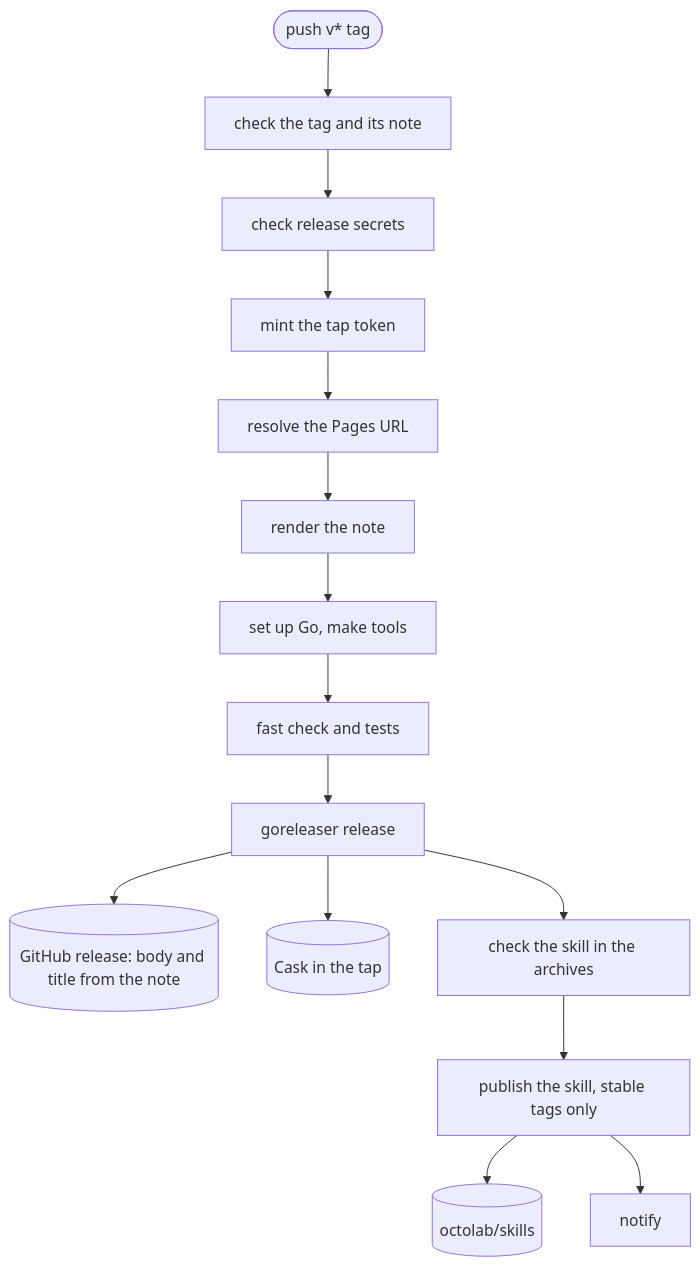
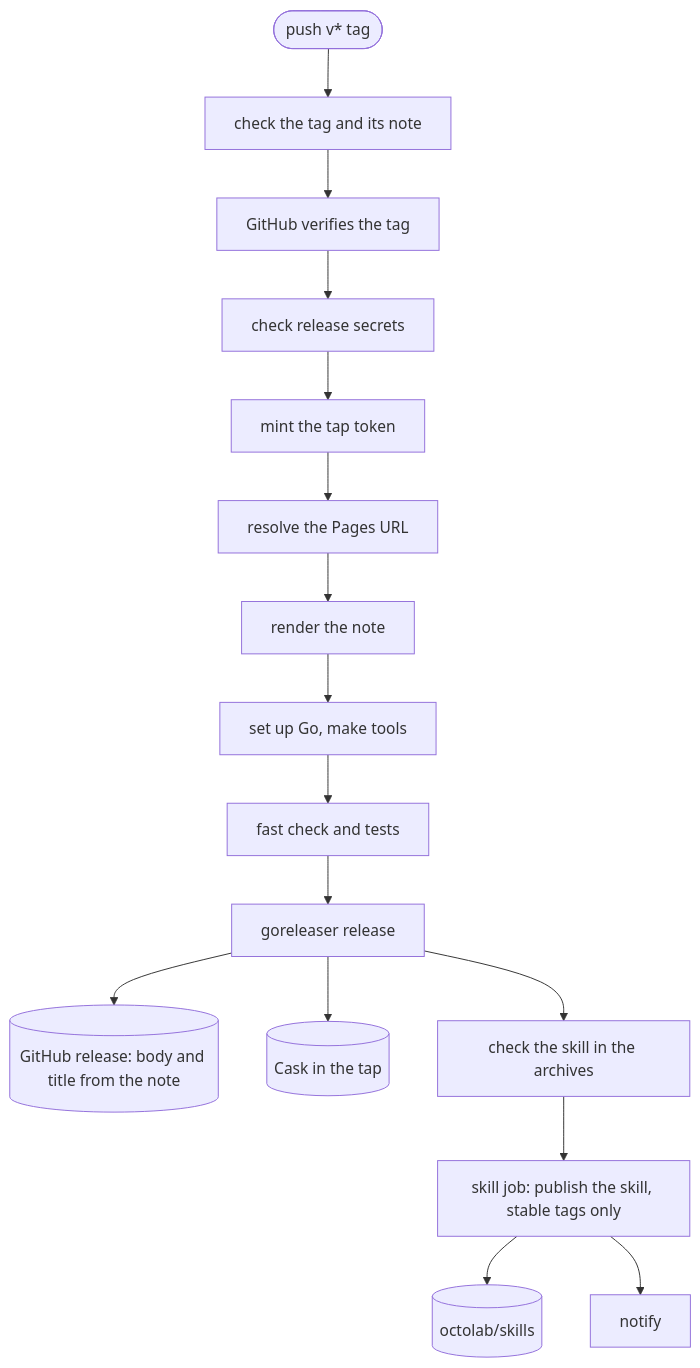
One commit to octopot/indexit changed the third of 10 diagrams in .github/workflows/README.md. Above: the diagram before and after it, drawn with Mermaid. The commit also changed other lines of this file and 2 other files, not shown here.

First line of the commit message:
ci(cd): check the tag signature and publish the skill in its own job

````diff
--- a/.github/workflows/README.md
+++ b/.github/workflows/README.md
@@ -69,9 +69,10 @@
 ```mermaid
 flowchart TB
-  tag([push v* tag]) --> check[check the tag and its note] --> secrets[check release secrets] --> token[mint the tap token] --> pages[resolve the Pages URL] --> render[render the note]
+  tag([push v* tag]) --> check[check the tag and its note] --> signature[GitHub verifies the tag] --> secrets[check release secrets] --> token[mint the tap token] --> pages[resolve the Pages URL] --> render[render the note]
   render --> go[set up Go, make tools] --> test[fast check and tests] --> publish[goreleaser release]
   publish --> release[(GitHub release: body and title from the note)]
   publish --> tap[(Cask in the tap)]
-  publish --> archives[check the skill in the archives] --> skill[publish the skill, stable tags only] --> catalog[(octolab/skills)]
+  publish --> archives[check the skill in the archives]
+  archives --> skill[skill job: publish the skill, stable tags only] --> catalog[(octolab/skills)]
   skill --> notify[notify]
 ```
````
